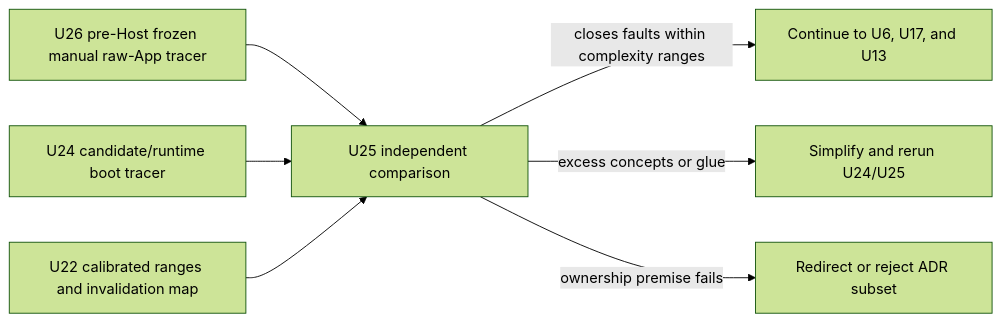
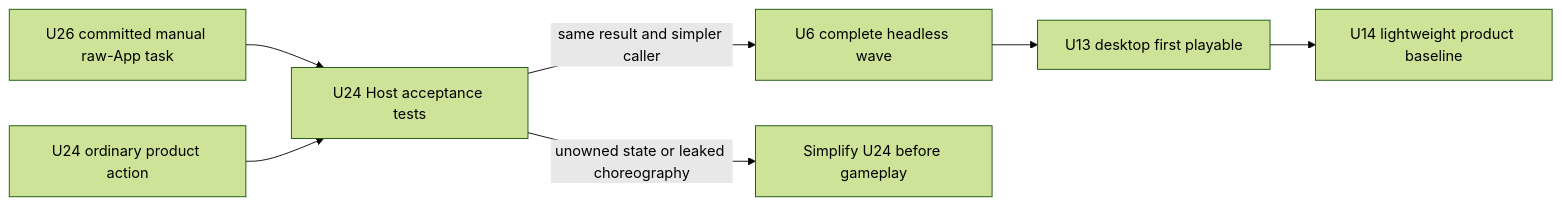
The eighth of 9 diagrams in docs/plans/2026-07-12-001-refactor-reference-game-driven-foundation-plan.md (Latias94/nara), drawn with Mermaid (forest theme) before and after one commit. The commit also changed other lines of this file, not shown here.

Commit message:
docs(plan): prioritize the first playable product path

````diff
--- a/docs/plans/2026-07-12-001-refactor-reference-game-driven-foundation-plan.md
+++ b/docs/plans/2026-07-12-001-refactor-reference-game-driven-foundation-plan.md
@@ -459,9 +460,9 @@
 ```mermaid
 flowchart LR
-    Baseline[U26 pre-Host frozen manual raw-App tracer] --> Compare[U25 independent comparison]
-    Candidate[U24 candidate/runtime boot tracer] --> Compare
-    Protocol[U22 calibrated ranges and invalidation map] --> Compare
-    Compare -->|closes faults within complexity ranges| Continue[Continue to U6, U17, and U13]
-    Compare -->|excess concepts or glue| Simplify[Simplify and rerun U24/U25]
-    Compare -->|ownership premise fails| Redirect[Redirect or reject ADR subset]
+    Baseline[U26 committed manual raw-App task] --> HostGate[U24 Host acceptance tests]
+    Host[U24 ordinary product action] --> HostGate
+    HostGate -->|same result and simpler caller| Headless[U6 complete headless wave]
+    HostGate -->|unowned state or leaked choreography| Simplify[Simplify U24 before gameplay]
+    Headless --> Desktop[U13 desktop first playable]
+    Desktop --> Measure[U14 lightweight product baseline]
 ```
````
